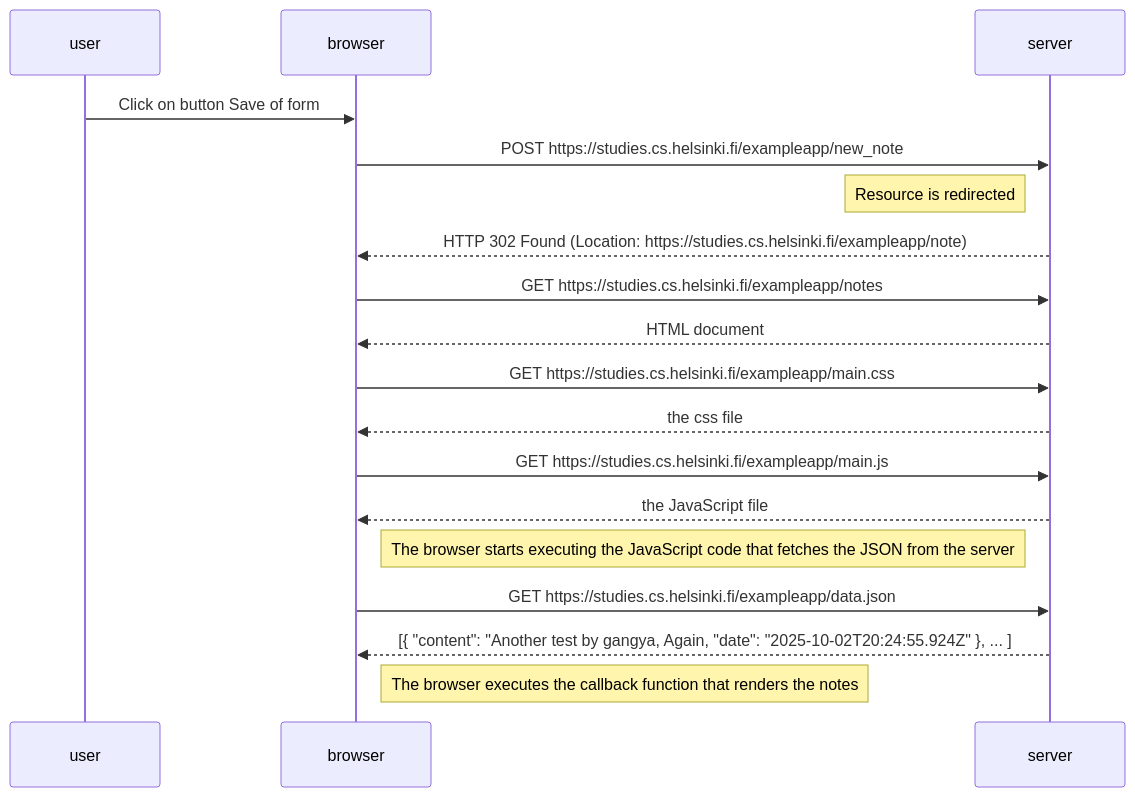
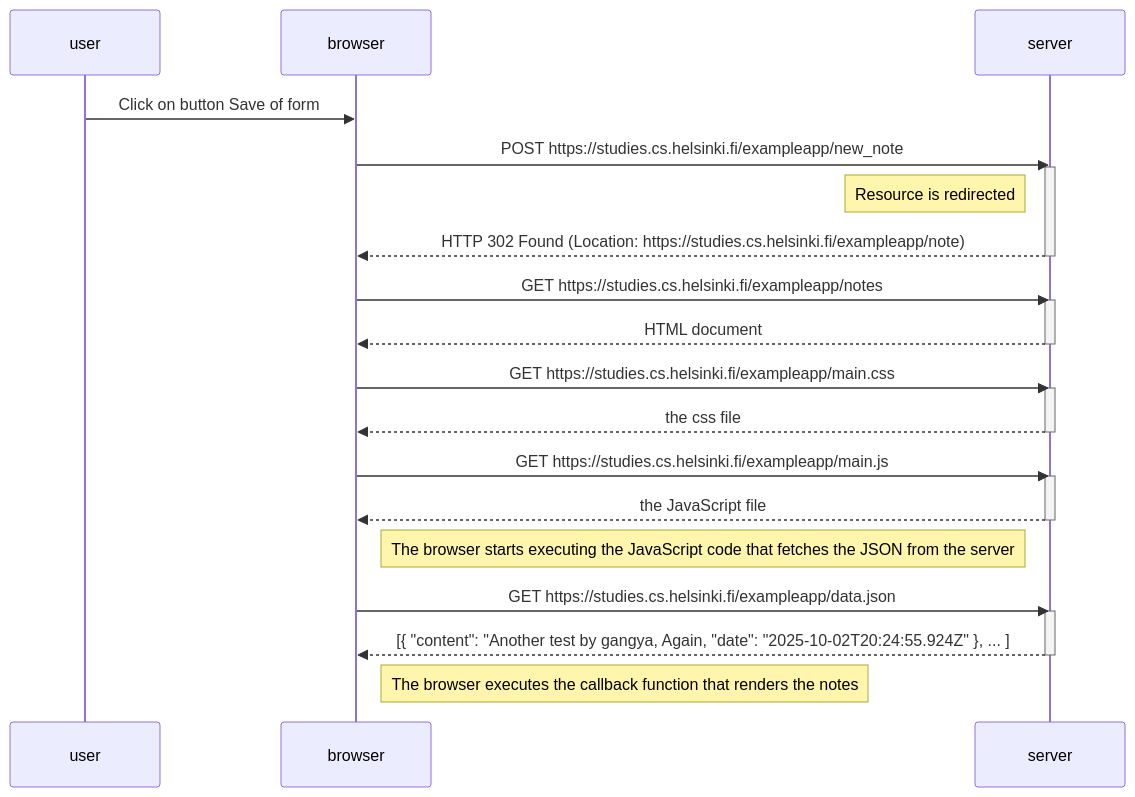
One commit to gangya/fullstackopen changed the diagram in part0/04Newnotediagram.md. Above: the diagram before and after it, drawn with Mermaid.

Commit message:
last update of 04Newnotediagram.md diagram file

````diff
--- a/part0/04Newnotediagram.md
+++ b/part0/04Newnotediagram.md
@@ -1,29 +1,37 @@
 ```mermaid
+
 sequenceDiagram
     participant user
     participant browser
     participant server
+    
     user ->> browser: Click on button Save of form 
     browser ->> server: POST https://studies.cs.helsinki.fi/exampleapp/new_note
-    #activate server
+    activate server
     Note left of server: Resource is redirected
     server -->> browser: HTTP 302 Found (Location: https://studies.cs.helsinki.fi/exampleapp/note)
+    deactivate server
+
     browser->>server: GET https://studies.cs.helsinki.fi/exampleapp/notes
-    #activate server
+    activate server
     server-->>browser: HTML document
-    #deactivate server
+    deactivate server
+
     browser->>server: GET https://studies.cs.helsinki.fi/exampleapp/main.css
-    #activate server
+    activate server
     server-->>browser: the css file
-    #deactivate server
+    deactivate server
+
     browser->>server: GET https://studies.cs.helsinki.fi/exampleapp/main.js
-    #activate server
+    activate server
     server-->>browser: the JavaScript file
-    #deactivate server
+    deactivate server
+
     Note right of browser: The browser starts executing the JavaScript code that fetches the JSON from the server
     browser->>server: GET https://studies.cs.helsinki.fi/exampleapp/data.json
-    #activate server
+    activate server
     server-->>browser: [{ "content": "Another test by gangya, Again, "date": "2025-10-02T20:24:55.924Z" }, ... ]
-    # deactivate server
+    deactivate server
     Note right of browser: The browser executes the callback function that renders the notes
+    
 ```
````
